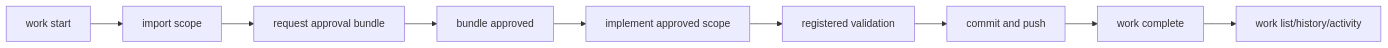
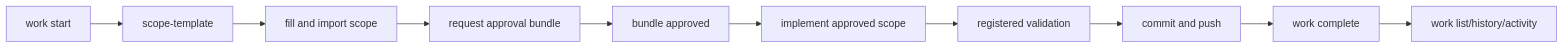
One commit to manasagrawal97/dev-orchestrator changed the diagram in docs/how-to-use-devo.md. Above: the diagram before and after it, drawn with Mermaid. The commit also changed other lines of this file and 7 other files, not shown here.

Commit message:
feat: add work scope templates

````diff
--- a/docs/how-to-use-devo.md
+++ b/docs/how-to-use-devo.md
@@ -57,11 +58,12 @@
 ```mermaid
 flowchart LR
-    Start["work start"] --> Scope["import scope"]
+    Start["work start"] --> Template["scope-template"]
+    Template --> Scope["fill and import scope"]
     Scope --> Bundle["request approval bundle"]
     Bundle --> Approve["bundle approved"]
     Approve --> Implement["implement approved scope"]
     Implement --> Validate["registered validation"]
     Validate --> Commit["commit and push"]
     Commit --> Complete["work complete"]
     Complete --> History["work list/history/activity"]
 ```
````
